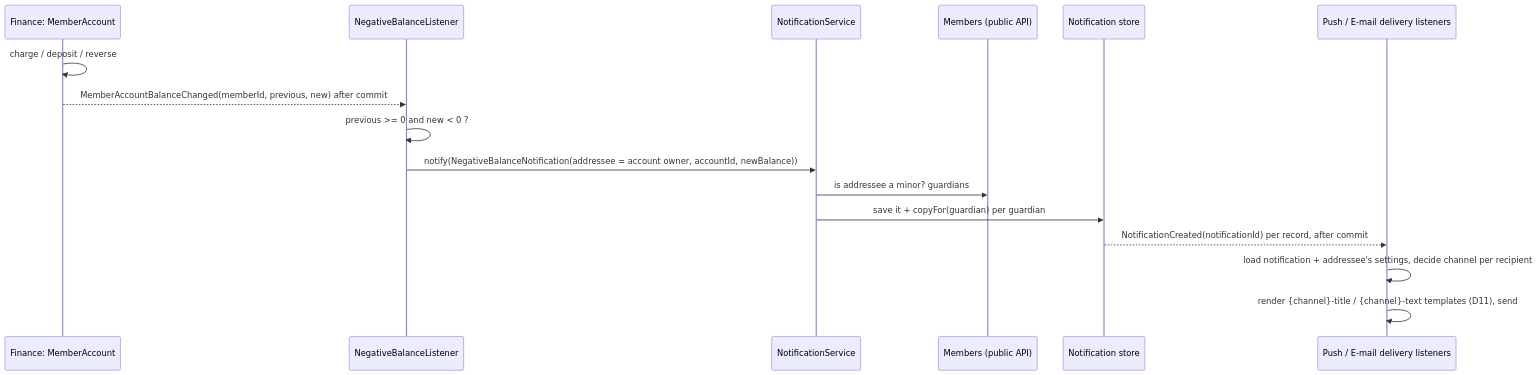
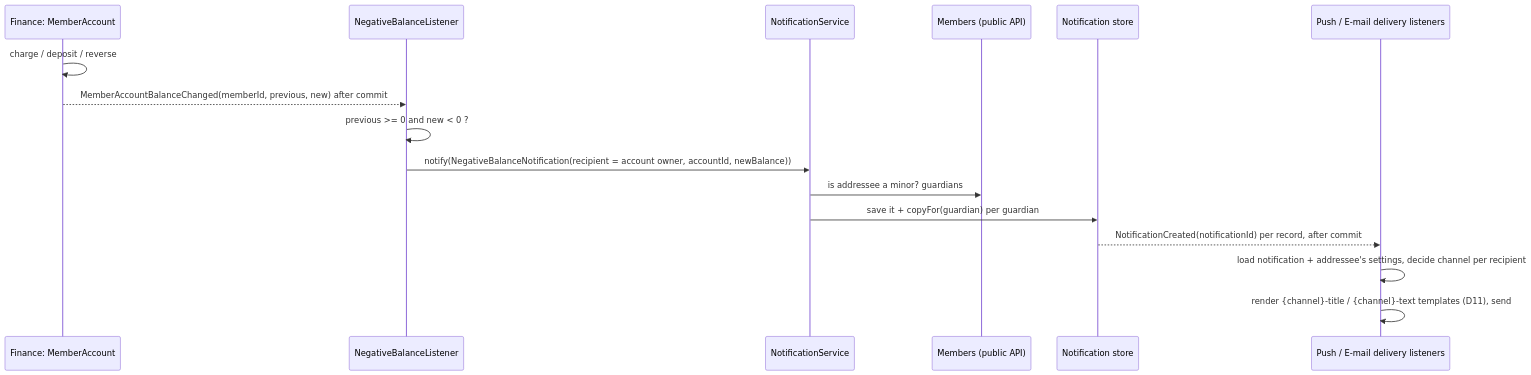
The first of 2 diagrams in openspec/changes/introduce-notification-feed/design.md (zabiny/klabis), drawn with Mermaid before and after one commit. The commit also changed other lines of this file and 1 other file, not shown here.

First line of the commit message:
docs(openspec): derive the notification addressee from its source

````diff
--- a/openspec/changes/introduce-notification-feed/design.md
+++ b/openspec/changes/introduce-notification-feed/design.md
@@ -38,18 +38,18 @@
 ```mermaid
 sequenceDiagram
     participant FM as Finance: MemberAccount
     participant L as NegativeBalanceListener
     participant S as NotificationService
     participant M as Members (public API)
     participant DB as Notification store
     participant D as Push / E-mail delivery listeners
     FM->>FM: charge / deposit / reverse
     FM-->>L: MemberAccountBalanceChanged(memberId, previous, new) after commit
     L->>L: previous >= 0 and new < 0 ?
-    L->>S: notify(NegativeBalanceNotification(addressee = account owner, accountId, newBalance))
+    L->>S: notify(NegativeBalanceNotification(recipient = account owner, accountId, newBalance))
     S->>M: is addressee a minor? guardians
     S->>DB: save it + copyFor(guardian) per guardian
     DB-->>D: NotificationCreated(notificationId) per record, after commit
     D->>D: load notification + addressee's settings, decide channel per recipient
     D->>D: render {channel}-title / {channel}-text templates (D11), send
 ```
````
